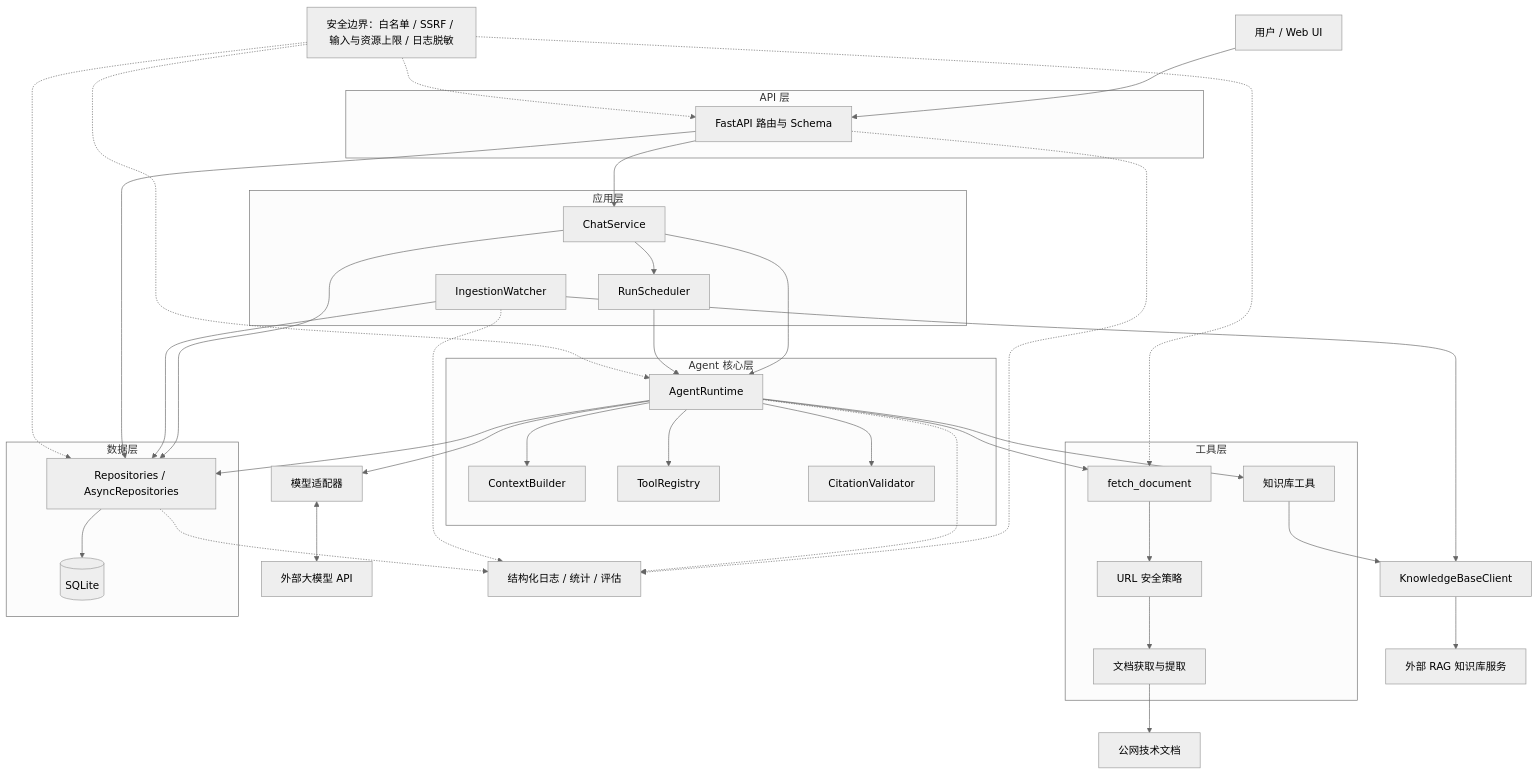
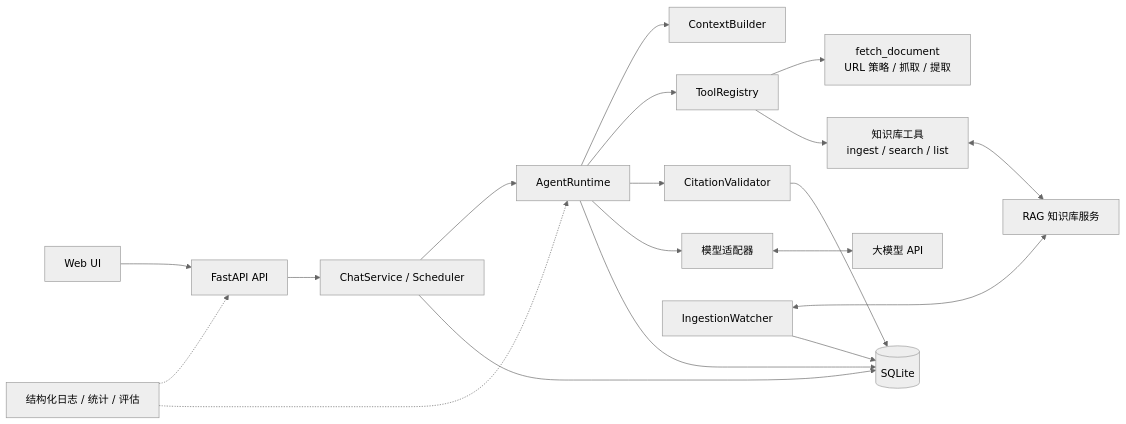
One commit to Rena-xie/ai_learning_agent changed the diagram in README.md. Above: the diagram before and after it, drawn with Mermaid (neutral theme). The commit also changed other lines of this file, not shown here.

````diff
--- a/README.md
+++ b/README.md
@@ -139,74 +24,20 @@
 ```mermaid
-flowchart TB
-    User["用户 / Web UI"]
-
-    subgraph API["API 层"]
-        Routes["FastAPI 路由与 Schema"]
-    end
-
-    subgraph APP["应用层"]
-        Chat["ChatService"]
-        Scheduler["RunScheduler"]
-        Watcher["IngestionWatcher"]
-    end
-
-    subgraph AGENT["Agent 核心层"]
-        Runtime["AgentRuntime"]
-        Context["ContextBuilder"]
-        Registry["ToolRegistry"]
-        Citations["CitationValidator"]
-        Runtime --> Context
-        Runtime --> Registry
-        Runtime --> Citations
-    end
-
-    subgraph TOOLS["工具层"]
-        Fetch["fetch_document"]
-        URLPolicy["URL 安全策略"]
-        Fetcher["文档获取与提取"]
-        KnowledgeTools["知识库工具"]
-        Fetch --> URLPolicy --> Fetcher
-    end
-
-    subgraph DATA["数据层"]
-        Repos["Repositories / AsyncRepositories"]
-        DB[("SQLite")]
-        Repos --> DB
-    end
-
-    Model["模型适配器"]
-    LLM["外部大模型 API"]
-    KClient["KnowledgeBaseClient"]
-    RAG["外部 RAG 知识库服务"]
-    WebDocs["公网技术文档"]
-    Obs["结构化日志 / 统计 / 评估"]
-    Security["安全边界：白名单 / SSRF / 输入与资源上限 / 日志脱敏"]
-
-    User --> Routes
-    Routes --> Chat
-    Chat --> Scheduler
-    Chat --> Runtime
-    Chat --> Repos
-    Runtime --> Repos
-    Scheduler --> Runtime
-    Runtime --> Model
-    Model <--> LLM
-    Runtime --> Fetch
-    Runtime --> KnowledgeTools
-    Fetcher --> WebDocs
-    KnowledgeTools --> KClient
-    KClient --> RAG
-    Watcher --> KClient
-    Watcher --> Repos
-    Routes --> Repos
-
-    Security -.-> Routes
-    Security -.-> Runtime
-    Security -.-> Fetch
-    Security -.-> Repos
-
-    Routes -.-> Obs
-    Runtime -.-> Obs
-    Watcher -.-> Obs
-    Repos -.-> Obs
+flowchart LR
+    UI["Web UI"] --> API["FastAPI API"]
+    API --> SVC["ChatService / Scheduler"]
+    SVC --> RT["AgentRuntime"]
+    RT --> CTX["ContextBuilder"]
+    RT --> TOOLS["ToolRegistry"]
+    RT --> CITE["CitationValidator"]
+    RT --> MODEL["模型适配器"] <--> LLM["大模型 API"]
+    TOOLS --> FETCH["fetch_document<br/>URL 策略 / 抓取 / 提取"]
+    TOOLS --> KB["知识库工具<br/>ingest / search / list"]
+    KB <--> RAG["RAG 知识库服务"]
+    WATCH["IngestionWatcher"] <--> RAG
+    WATCH --> DB[("SQLite")]
+    SVC --> DB
+    RT --> DB
+    CITE --> DB
+    OBS["结构化日志 / 统计 / 评估"] -.-> API
+    OBS -.-> RT
 ```
````
